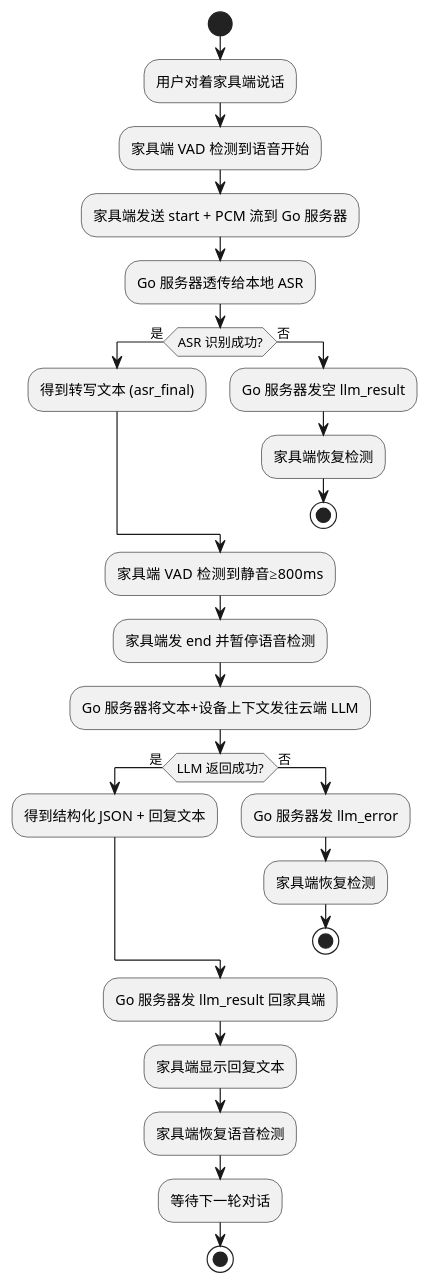
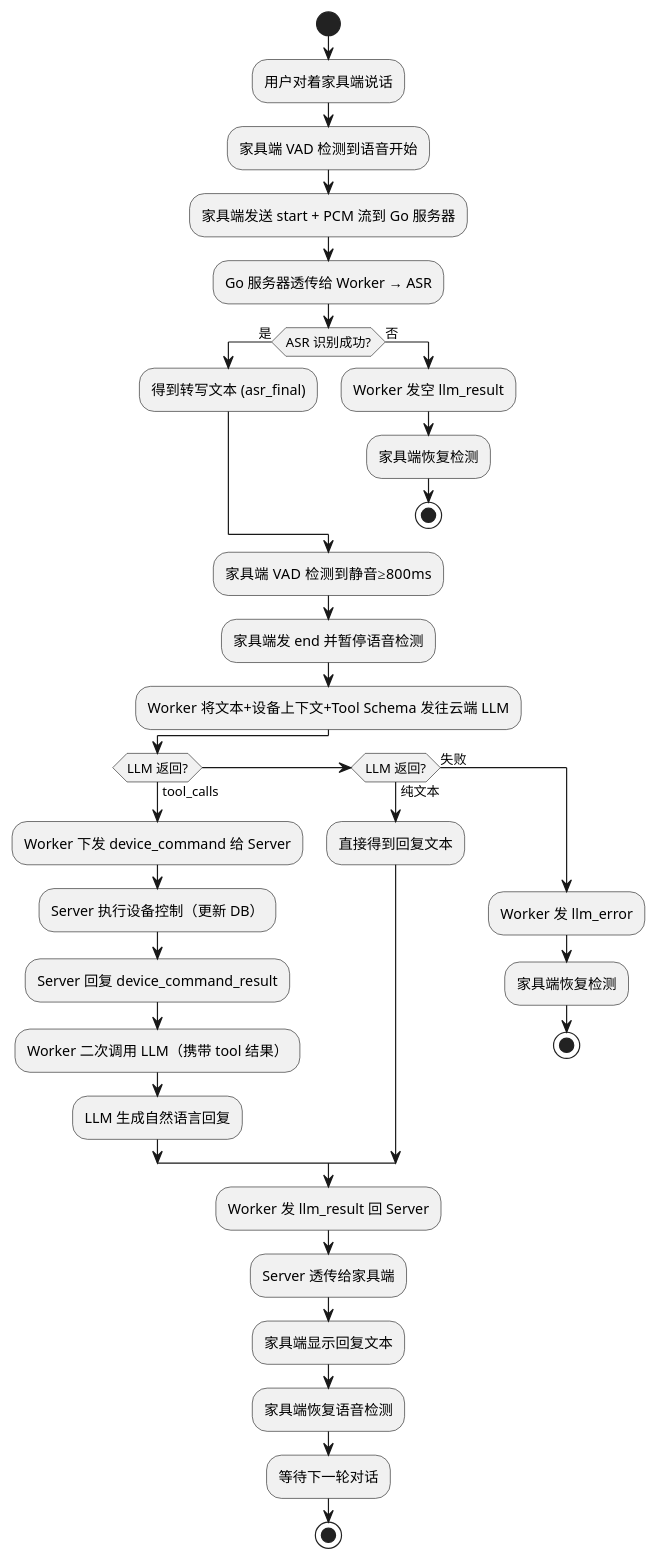
One commit to Yoruko666/Taffy-Assistant changed the fourth of 4 diagrams in docs/02-需求分析文档.md. Above: the diagram before and after it, drawn with PlantUML. The commit also changed other lines of this file and 12 other files, not shown here.

Commit message:
complete llm tool call

```diff
--- a/docs/02-需求分析文档.md
+++ b/docs/02-需求分析文档.md
@@ -509,29 +509,36 @@
 :用户对着家具端说话;
 :家具端 VAD 检测到语音开始;
 :家具端发送 start + PCM 流到 Go 服务器;
-:Go 服务器透传给本地 ASR;
+:Go 服务器透传给 Worker → ASR;
 
 if (ASR 识别成功?) then (是)
   :得到转写文本 (asr_final);
 else (否)
-  :Go 服务器发空 llm_result;
+  :Worker 发空 llm_result;
   :家具端恢复检测;
   stop
 endif
 
 :家具端 VAD 检测到静音≥800ms;
 :家具端发 end 并暂停语音检测;
-:Go 服务器将文本+设备上下文发往云端 LLM;
+:Worker 将文本+设备上下文+Tool Schema 发往云端 LLM;
 
-if (LLM 返回成功?) then (是)
-  :得到结构化 JSON + 回复文本;
-else (否)
-  :Go 服务器发 llm_error;
+if (LLM 返回?) then (tool_calls)
+  :Worker 下发 device_command 给 Server;
+  :Server 执行设备控制（更新 DB）;
+  :Server 回复 device_command_result;
+  :Worker 二次调用 LLM（携带 tool 结果）;
+  :LLM 生成自然语言回复;
+elseif (LLM 返回?) then (纯文本)
+  :直接得到回复文本;
+else (失败)
+  :Worker 发 llm_error;
   :家具端恢复检测;
   stop
 endif
 
-:Go 服务器发 llm_result 回家具端;
+:Worker 发 llm_result 回 Server;
+:Server 透传给家具端;
 :家具端显示回复文本;
 :家具端恢复语音检测;
 :等待下一轮对话;
```
